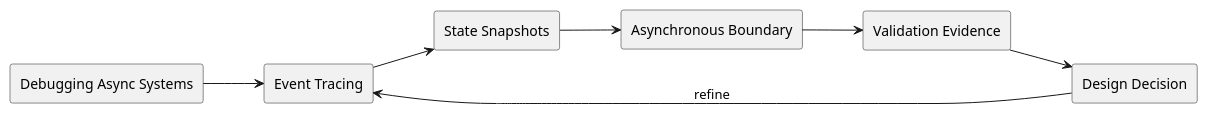
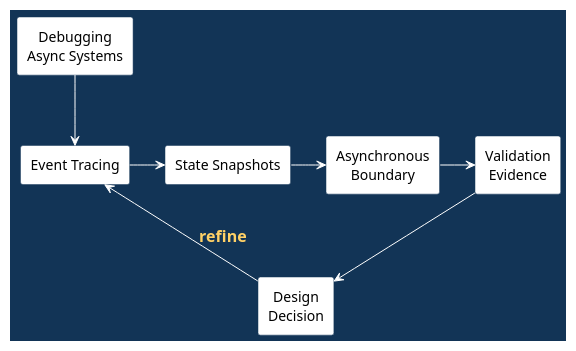
Before and after one commit to madajaju/CS5254: the first of 9 diagrams in doc/lectures/week11/debugging_async/README.slides.adoc, drawn with PlantUML. The commit also changed other lines of this file and 129 other files, not shown here.

```diff
--- a/doc/lectures/week11/debugging_async/README.slides.adoc
+++ b/doc/lectures/week11/debugging_async/README.slides.adoc
@@ -78,22 +4,31 @@
-[plantuml, target=architecture, format=svg, width=80%]
+[plantuml,width=100%]
 ----
 @startuml
-skinparam monochrome true
+
 skinparam shadowing false
-left to right direction
-
-rectangle "Debugging Async Systems" as Topic
+skinparam backgroundColor #123456
+skinparam defaultFontColor black
+skinparam ArrowColor white
+skinparam ArrowFontColor #ffd166
+skinparam ArrowFontStyle bold
+skinparam ArrowFontSize 16
+skinparam defaultTextAlignment center
+skinparam rectangle {
+  BackgroundColor white
+  BorderColor #123456
+  FontColor black
+}
+rectangle "Debugging\nAsync Systems" as Topic
 rectangle "Event Tracing" as A
 rectangle "State Snapshots" as B
-rectangle "Asynchronous Boundary" as C
-rectangle "Validation Evidence" as V
-rectangle "Design Decision" as D
-
+rectangle "Asynchronous\nBoundary" as C
+rectangle "Validation\nEvidence" as V
+rectangle "Design\nDecision" as D
 Topic --> A
-A --> B
-B --> C
-C --> V
+A -> B
+B -> C
+C -> V
 V --> D
-D --> A : refine
+D -> A : refine
 @enduml
 ----
```
